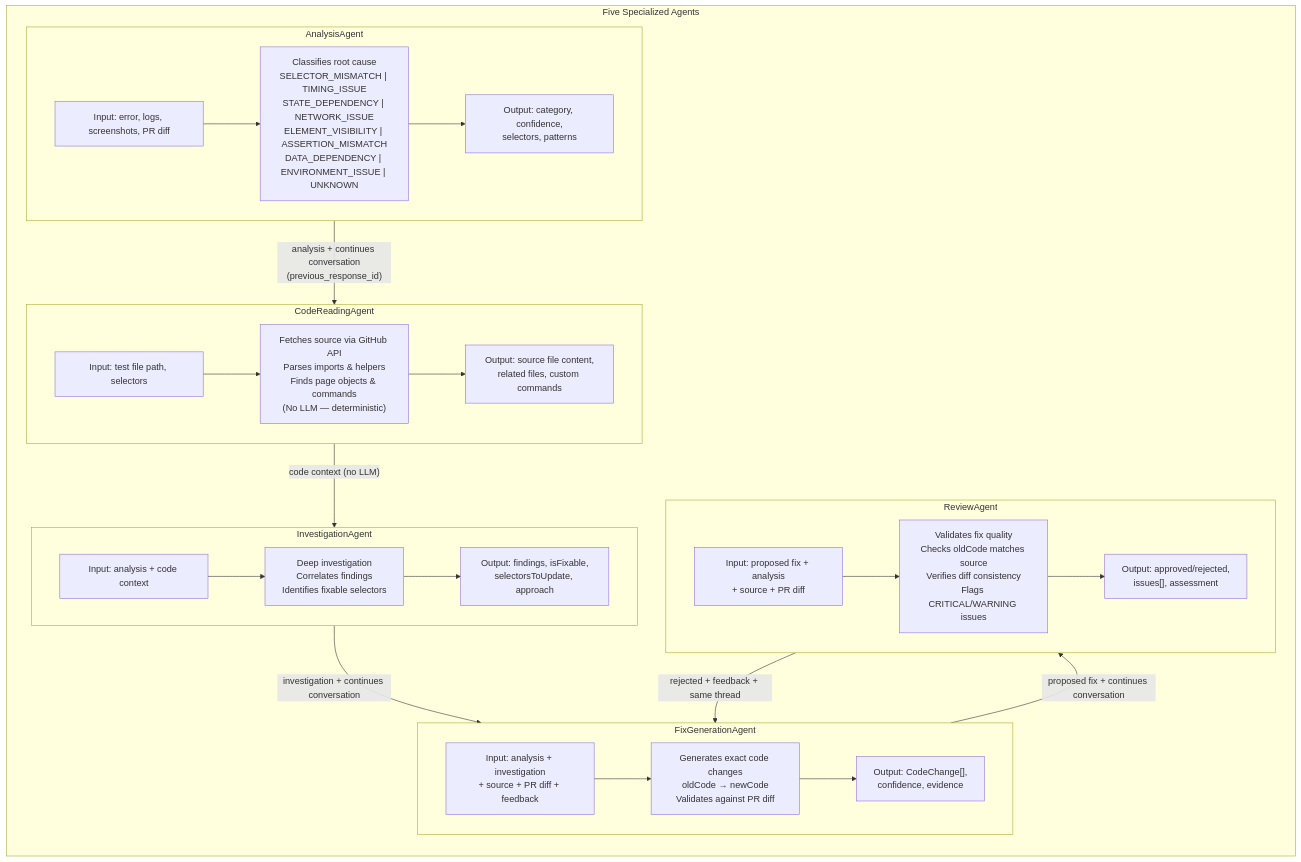
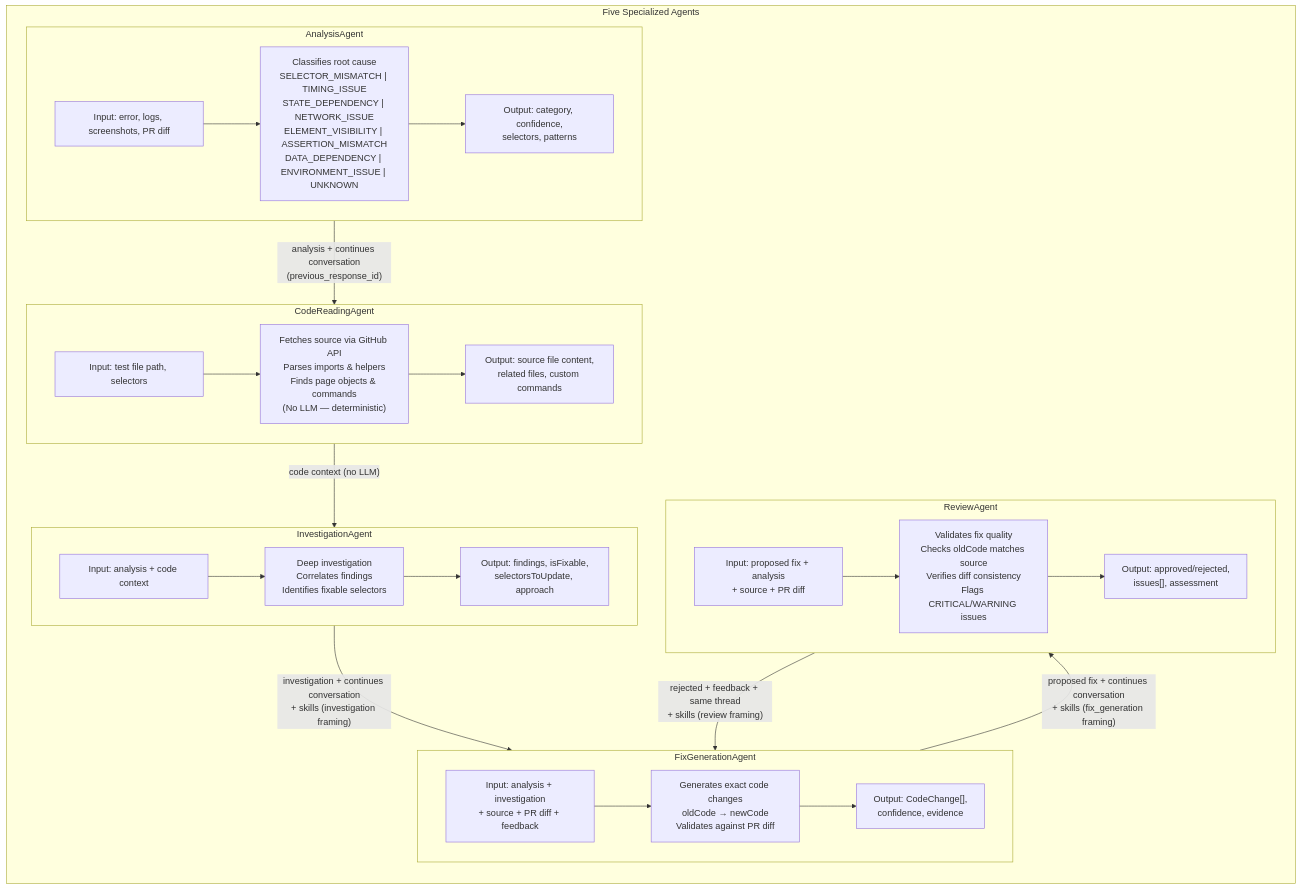
One commit to adept-at/adept-triage-agent changed the sixth of 6 diagrams in docs/agent-workflow-flowchart.md. Above: the diagram before and after it, drawn with Mermaid. The commit also changed other lines of this file and 46 other files, not shown here.

````diff
--- a/docs/agent-workflow-flowchart.md
+++ b/docs/agent-workflow-flowchart.md
@@ -300,47 +304,47 @@
 ```mermaid
 flowchart TB
     subgraph AGENTS["Five Specialized Agents"]
         direction TB
 
         subgraph A1["AnalysisAgent"]
             A1_IN["Input: error, logs, screenshots, PR diff"]
             A1_WORK["Classifies root cause<br/>SELECTOR_MISMATCH | TIMING_ISSUE<br/>STATE_DEPENDENCY | NETWORK_ISSUE<br/>ELEMENT_VISIBILITY | ASSERTION_MISMATCH<br/>DATA_DEPENDENCY | ENVIRONMENT_ISSUE | UNKNOWN"]
             A1_OUT["Output: category, confidence,<br/>selectors, patterns"]
             A1_IN --> A1_WORK --> A1_OUT
         end
 
         subgraph A2["CodeReadingAgent"]
             A2_IN["Input: test file path, selectors"]
             A2_WORK["Fetches source via GitHub API<br/>Parses imports & helpers<br/>Finds page objects & commands<br/>(No LLM — deterministic)"]
             A2_OUT["Output: source file content,<br/>related files, custom commands"]
             A2_IN --> A2_WORK --> A2_OUT
         end
 
         subgraph A3["InvestigationAgent"]
             A3_IN["Input: analysis + code context"]
             A3_WORK["Deep investigation<br/>Correlates findings<br/>Identifies fixable selectors"]
             A3_OUT["Output: findings, isFixable,<br/>selectorsToUpdate, approach"]
             A3_IN --> A3_WORK --> A3_OUT
         end
 
         subgraph A4["FixGenerationAgent"]
             A4_IN["Input: analysis + investigation<br/>+ source + PR diff + feedback"]
             A4_WORK["Generates exact code changes<br/>oldCode → newCode<br/>Validates against PR diff"]
             A4_OUT["Output: CodeChange[],<br/>confidence, evidence"]
             A4_IN --> A4_WORK --> A4_OUT
         end
 
         subgraph A5["ReviewAgent"]
             A5_IN["Input: proposed fix + analysis<br/>+ source + PR diff"]
             A5_WORK["Validates fix quality<br/>Checks oldCode matches source<br/>Verifies diff consistency<br/>Flags CRITICAL/WARNING issues"]
             A5_OUT["Output: approved/rejected,<br/>issues[], assessment"]
             A5_IN --> A5_WORK --> A5_OUT
         end
     end
 
     A1 -->|"analysis + continues conversation<br/>(previous_response_id)"| A2
     A2 -->|"code context (no LLM)"| A3
-    A3 -->|"investigation + continues conversation"| A4
-    A4 -->|"proposed fix + continues conversation"| A5
-    A5 -->|"rejected + feedback + same thread"| A4
+    A3 -->|"investigation + continues conversation<br/>+ skills (investigation framing)"| A4
+    A4 -->|"proposed fix + continues conversation<br/>+ skills (fix_generation framing)"| A5
+    A5 -->|"rejected + feedback + same thread<br/>+ skills (review framing)"| A4
 ```
````
